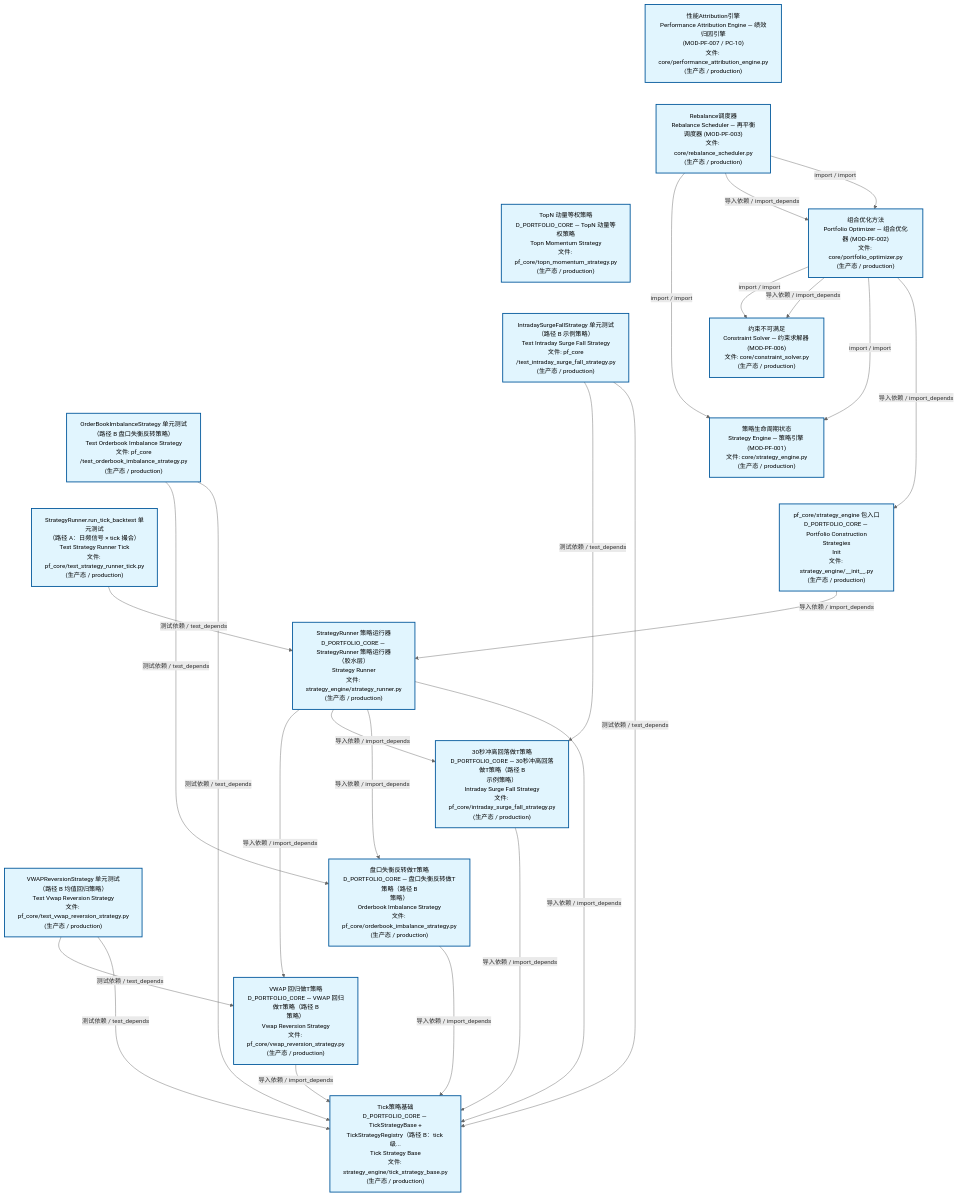
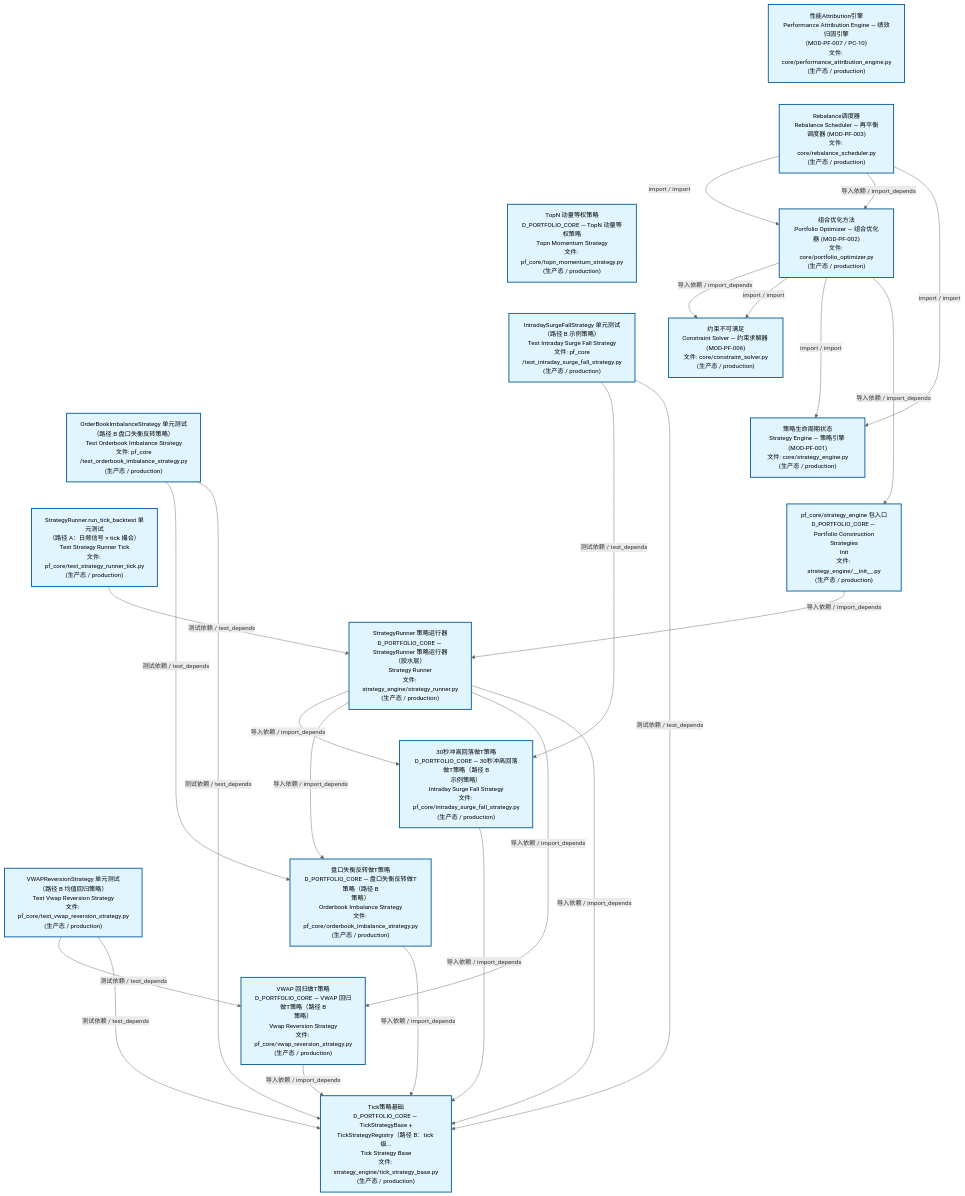
Before and after one commit to xuanFelixVan/ZephyrAlpha: the second of 3 diagrams in docs/02_enterprise_architecture/02_domain_architecture_docs/63_d_pf_core.md, drawn with Mermaid. The commit also changed other lines of this file and 78 other files, not shown here.

````diff
--- a/docs/02_enterprise_architecture/02_domain_architecture_docs/63_d_pf_core.md
+++ b/docs/02_enterprise_architecture/02_domain_architecture_docs/63_d_pf_core.md
@@ -140,57 +140,57 @@
 ```mermaid
 %%{init: {'theme': 'base', 'themeVariables': {'primaryColor': '#eaeaea', 'primaryTextColor': '#333333', 'primaryBorderColor': '#666666', 'lineColor': '#666666', 'secondaryColor': '#eaeaea', 'tertiaryColor': '#eaeaea', 'fontSize': '14px'}}}%%
 flowchart TD
     src_zephyr_pf_core_core_performance_attribution_engine_py["性能Attribution引擎<br/>Performance Attribution Engine — 绩效归因引擎<br/>(MOD-PF-007 / PC-10)<br/>文件: core/performance_attribution_engine.py<br/>(生产态 / production)"]
     src_zephyr_pf_core_core_rebalance_scheduler_py["Rebalance调度器<br/>Rebalance Scheduler — 再平衡调度器 (MOD-PF-003)<br/>文件: core/rebalance_scheduler.py<br/>(生产态 / production)"]
     src_zephyr_pf_core_topn_momentum_strategy_py["TopN 动量等权策略<br/>D_PORTFOLIO_CORE — TopN 动量等权策略<br/>Topn Momentum Strategy<br/>文件: pf_core/topn_momentum_strategy.py<br/>(生产态 / production)"]
     tests_pf_core_test_intraday_surge_fall_strategy_py["IntradaySurgeFallStrategy 单元测试<br/>（路径 B 示例策略）<br/>Test Intraday Surge Fall Strategy<br/>文件: pf_core<br/>/test_intraday_surge_fall_strategy.py<br/>(生产态 / production)"]
     tests_pf_core_test_orderbook_imbalance_strategy_py["OrderBookImbalanceStrategy 单元测试<br/>（路径 B 盘口失衡反转策略）<br/>Test Orderbook Imbalance Strategy<br/>文件: pf_core<br/>/test_orderbook_imbalance_strategy.py<br/>(生产态 / production)"]
     tests_pf_core_test_strategy_runner_tick_py["StrategyRunner.run_tick_backtest 单元测试<br/>（路径 A：日频信号 × tick 撮合）<br/>Test Strategy Runner Tick<br/>文件: pf_core/test_strategy_runner_tick.py<br/>(生产态 / production)"]
     tests_pf_core_test_vwap_reversion_strategy_py["VWAPReversionStrategy 单元测试<br/>（路径 B 均值回归策略）<br/>Test Vwap Reversion Strategy<br/>文件: pf_core/test_vwap_reversion_strategy.py<br/>(生产态 / production)"]
     src_zephyr_pf_core_core_performance_attribution_engine_py ~~~ src_zephyr_pf_core_core_rebalance_scheduler_py
     src_zephyr_pf_core_core_rebalance_scheduler_py ~~~ src_zephyr_pf_core_topn_momentum_strategy_py
     src_zephyr_pf_core_topn_momentum_strategy_py ~~~ tests_pf_core_test_intraday_surge_fall_strategy_py
     tests_pf_core_test_intraday_surge_fall_strategy_py ~~~ tests_pf_core_test_orderbook_imbalance_strategy_py
     tests_pf_core_test_orderbook_imbalance_strategy_py ~~~ tests_pf_core_test_strategy_runner_tick_py
     tests_pf_core_test_strategy_runner_tick_py ~~~ tests_pf_core_test_vwap_reversion_strategy_py
     src_zephyr_pf_core_core_portfolio_optimizer_py["组合优化方法<br/>Portfolio Optimizer — 组合优化器 (MOD-PF-002)<br/>文件: core/portfolio_optimizer.py<br/>(生产态 / production)"]
     src_zephyr_pf_core_core_constraint_solver_py["约束不可满足<br/>Constraint Solver — 约束求解器 (MOD-PF-006)<br/>文件: core/constraint_solver.py<br/>(生产态 / production)"]
     src_zephyr_pf_core_core_strategy_engine_py["策略生命周期状态<br/>Strategy Engine — 策略引擎 (MOD-PF-001)<br/>文件: core/strategy_engine.py<br/>(生产态 / production)"]
     src_zephyr_pf_core_strategy_engine_init_py["pf_core/strategy_engine 包入口<br/>D_PORTFOLIO_CORE — Portfolio Construction<br/>Strategies<br/>Init<br/>文件: strategy_engine/__init__.py<br/>(生产态 / production)"]
     src_zephyr_pf_core_core_constraint_solver_py ~~~ src_zephyr_pf_core_core_strategy_engine_py
     src_zephyr_pf_core_core_strategy_engine_py ~~~ src_zephyr_pf_core_strategy_engine_init_py
     src_zephyr_pf_core_strategy_engine_strategy_runner_py["StrategyRunner 策略运行器<br/>D_PORTFOLIO_CORE — StrategyRunner 策略运行器<br/>（胶水层）<br/>Strategy Runner<br/>文件: strategy_engine/strategy_runner.py<br/>(生产态 / production)"]
     src_zephyr_pf_core_intraday_surge_fall_strategy_py["30秒冲高回落做T策略<br/>D_PORTFOLIO_CORE — 30秒冲高回落做T策略（路径 B<br/>示例策略）<br/>Intraday Surge Fall Strategy<br/>文件: pf_core/intraday_surge_fall_strategy.py<br/>(生产态 / production)"]
     src_zephyr_pf_core_orderbook_imbalance_strategy_py["盘口失衡反转做T策略<br/>D_PORTFOLIO_CORE — 盘口失衡反转做T策略（路径 B<br/>策略）<br/>Orderbook Imbalance Strategy<br/>文件: pf_core/orderbook_imbalance_strategy.py<br/>(生产态 / production)"]
     src_zephyr_pf_core_vwap_reversion_strategy_py["VWAP 回归做T策略<br/>D_PORTFOLIO_CORE — VWAP 回归做T策略（路径 B<br/>策略）<br/>Vwap Reversion Strategy<br/>文件: pf_core/vwap_reversion_strategy.py<br/>(生产态 / production)"]
     src_zephyr_pf_core_intraday_surge_fall_strategy_py ~~~ src_zephyr_pf_core_orderbook_imbalance_strategy_py
     src_zephyr_pf_core_orderbook_imbalance_strategy_py ~~~ src_zephyr_pf_core_vwap_reversion_strategy_py
     src_zephyr_pf_core_strategy_engine_tick_strategy_base_py["Tick策略基础<br/>D_PORTFOLIO_CORE — TickStrategyBase +<br/>TickStrategyRegistry（路径 B：tick 级...<br/>Tick Strategy Base<br/>文件: strategy_engine/tick_strategy_base.py<br/>(生产态 / production)"]
-    src_zephyr_pf_core_vwap_reversion_strategy_py -->|导入依赖 / import_depends| src_zephyr_pf_core_strategy_engine_tick_strategy_base_py
     src_zephyr_pf_core_intraday_surge_fall_strategy_py -->|导入依赖 / import_depends| src_zephyr_pf_core_strategy_engine_tick_strategy_base_py
     src_zephyr_pf_core_orderbook_imbalance_strategy_py -->|导入依赖 / import_depends| src_zephyr_pf_core_strategy_engine_tick_strategy_base_py
-    src_zephyr_pf_core_core_rebalance_scheduler_py -->|import / import| src_zephyr_pf_core_core_strategy_engine_py
-    src_zephyr_pf_core_core_rebalance_scheduler_py -->|导入依赖 / import_depends| src_zephyr_pf_core_core_portfolio_optimizer_py
-    src_zephyr_pf_core_core_rebalance_scheduler_py -->|import / import| src_zephyr_pf_core_core_portfolio_optimizer_py
+    src_zephyr_pf_core_vwap_reversion_strategy_py -->|导入依赖 / import_depends| src_zephyr_pf_core_strategy_engine_tick_strategy_base_py
+    src_zephyr_pf_core_core_portfolio_optimizer_py -->|导入依赖 / import_depends| src_zephyr_pf_core_core_constraint_solver_py
     src_zephyr_pf_core_core_portfolio_optimizer_py -->|import / import| src_zephyr_pf_core_core_constraint_solver_py
-    src_zephyr_pf_core_core_portfolio_optimizer_py -->|导入依赖 / import_depends| src_zephyr_pf_core_core_constraint_solver_py
     src_zephyr_pf_core_core_portfolio_optimizer_py -->|import / import| src_zephyr_pf_core_core_strategy_engine_py
     src_zephyr_pf_core_core_portfolio_optimizer_py -->|导入依赖 / import_depends| src_zephyr_pf_core_strategy_engine_init_py
-    src_zephyr_pf_core_strategy_engine_strategy_runner_py -->|导入依赖 / import_depends| src_zephyr_pf_core_vwap_reversion_strategy_py
+    src_zephyr_pf_core_core_rebalance_scheduler_py -->|import / import| src_zephyr_pf_core_core_portfolio_optimizer_py
+    src_zephyr_pf_core_core_rebalance_scheduler_py -->|导入依赖 / import_depends| src_zephyr_pf_core_core_portfolio_optimizer_py
+    src_zephyr_pf_core_core_rebalance_scheduler_py -->|import / import| src_zephyr_pf_core_core_strategy_engine_py
     src_zephyr_pf_core_strategy_engine_strategy_runner_py -->|导入依赖 / import_depends| src_zephyr_pf_core_intraday_surge_fall_strategy_py
     src_zephyr_pf_core_strategy_engine_strategy_runner_py -->|导入依赖 / import_depends| src_zephyr_pf_core_orderbook_imbalance_strategy_py
+    src_zephyr_pf_core_strategy_engine_strategy_runner_py -->|导入依赖 / import_depends| src_zephyr_pf_core_vwap_reversion_strategy_py
     src_zephyr_pf_core_strategy_engine_strategy_runner_py -->|导入依赖 / import_depends| src_zephyr_pf_core_strategy_engine_tick_strategy_base_py
     src_zephyr_pf_core_strategy_engine_init_py -->|导入依赖 / import_depends| src_zephyr_pf_core_strategy_engine_strategy_runner_py
+    tests_pf_core_test_orderbook_imbalance_strategy_py -->|测试依赖 / test_depends| src_zephyr_pf_core_orderbook_imbalance_strategy_py
+    tests_pf_core_test_orderbook_imbalance_strategy_py -->|测试依赖 / test_depends| src_zephyr_pf_core_strategy_engine_tick_strategy_base_py
     tests_pf_core_test_intraday_surge_fall_strategy_py -->|测试依赖 / test_depends| src_zephyr_pf_core_intraday_surge_fall_strategy_py
     tests_pf_core_test_intraday_surge_fall_strategy_py -->|测试依赖 / test_depends| src_zephyr_pf_core_strategy_engine_tick_strategy_base_py
-    tests_pf_core_test_orderbook_imbalance_strategy_py -->|测试依赖 / test_depends| src_zephyr_pf_core_orderbook_imbalance_strategy_py
-    tests_pf_core_test_orderbook_imbalance_strategy_py -->|测试依赖 / test_depends| src_zephyr_pf_core_strategy_engine_tick_strategy_base_py
     tests_pf_core_test_vwap_reversion_strategy_py -->|测试依赖 / test_depends| src_zephyr_pf_core_vwap_reversion_strategy_py
     tests_pf_core_test_vwap_reversion_strategy_py -->|测试依赖 / test_depends| src_zephyr_pf_core_strategy_engine_tick_strategy_base_py
     tests_pf_core_test_strategy_runner_tick_py -->|测试依赖 / test_depends| src_zephyr_pf_core_strategy_engine_strategy_runner_py
     classDef production fill:#e1f5fe,stroke:#01579b,stroke-width:2px,color:#000
     classDef design fill:#fff3e0,stroke:#e65100,stroke-width:2px,color:#000,stroke-dasharray: 5 5
     classDef external_prod fill:#e8f4fd,stroke:#0277bd,stroke-width:1px,color:#000
     classDef external_design fill:#fff8e7,stroke:#ef6c00,stroke-width:1px,color:#000,stroke-dasharray: 5 5
     class src_zephyr_pf_core_core_constraint_solver_py,src_zephyr_pf_core_core_performance_attribution_engine_py,src_zephyr_pf_core_core_portfolio_optimizer_py,src_zephyr_pf_core_core_rebalance_scheduler_py,src_zephyr_pf_core_core_strategy_engine_py,src_zephyr_pf_core_intraday_surge_fall_strategy_py,src_zephyr_pf_core_orderbook_imbalance_strategy_py,src_zephyr_pf_core_strategy_engine_init_py,src_zephyr_pf_core_strategy_engine_strategy_runner_py,src_zephyr_pf_core_strategy_engine_tick_strategy_base_py,src_zephyr_pf_core_topn_momentum_strategy_py,src_zephyr_pf_core_vwap_reversion_strategy_py,tests_pf_core_test_intraday_surge_fall_strategy_py,tests_pf_core_test_orderbook_imbalance_strategy_py,tests_pf_core_test_strategy_runner_tick_py,tests_pf_core_test_vwap_reversion_strategy_py production
 ```
````
